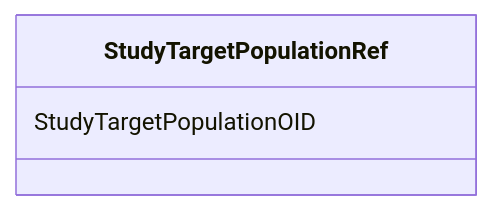
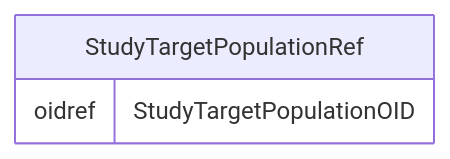
Before and after one commit to cdisc-org/DataExchange-ODM-LinkML: the diagram in docs/StudyTargetPopulationRef.md, drawn with Mermaid. The commit also changed other lines of this file and 181 other files, not shown here.

Commit message:
ER diagrams working via templates and removing names with underscores

````diff
--- a/docs/StudyTargetPopulationRef.md
+++ b/docs/StudyTargetPopulationRef.md
@@ -14,7 +11,9 @@
 ```mermaid
- classDiagram
-    class StudyTargetPopulationRef
-      StudyTargetPopulationRef : StudyTargetPopulationOID
-        
-      
+erDiagram
+StudyTargetPopulationRef {
+    oidref StudyTargetPopulationOID  
+}
+
+
+
 ```
````
